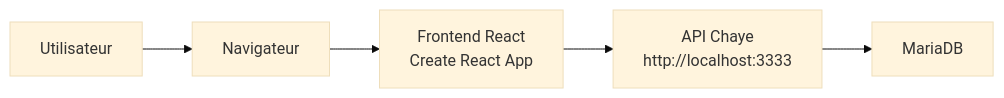
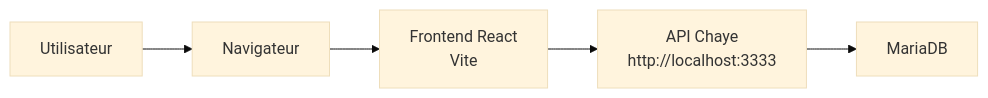
The first of 10 diagrams in README.md (Chaye-parcel-traveler/chaye_web_frontend), drawn with Mermaid (base theme) before and after one commit. The commit also changed other lines of this file and 31 other files, not shown here.

Commit message:
feat: migrate frontend to vite and add typescript foundation

````diff
--- a/README.md
+++ b/README.md
@@ -22,7 +22,7 @@
 ```mermaid
 flowchart LR
     User["Utilisateur"] --> Browser["Navigateur"]
-    Browser --> React["Frontend React<br/>Create React App"]
+    Browser --> React["Frontend React<br/>Vite"]
     React --> API["API Chaye<br/>http://localhost:3333"]
     API --> DB["MariaDB"]
 ```
````
